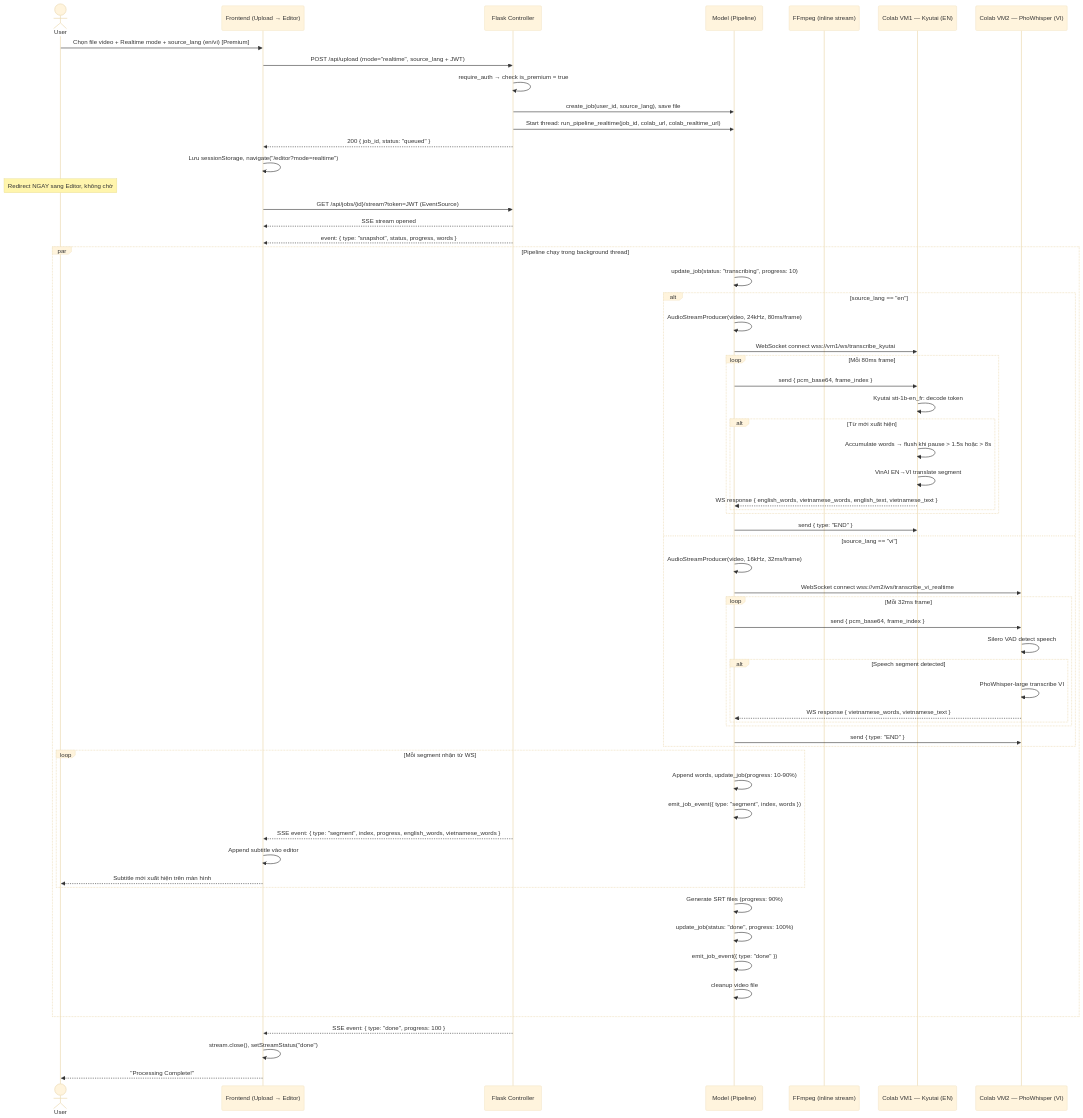
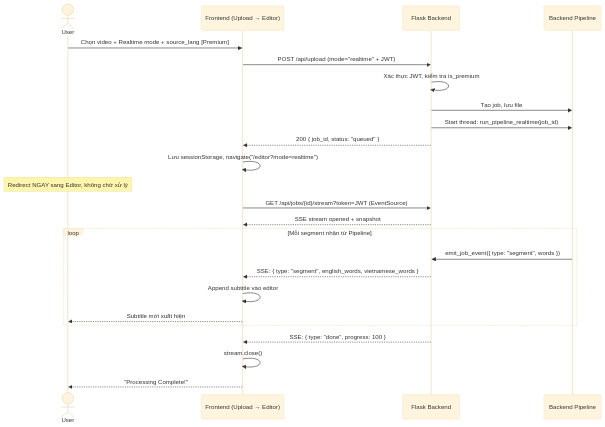
The eighth of 22 diagrams in docs/system-flows.md (SonDinh1129/subtitle-project), drawn with Mermaid (base theme) before and after one commit. The commit also changed other lines of this file and 1 other file, not shown here.

````diff
--- a/docs/system-flows.md
+++ b/docs/system-flows.md
@@ -276,72 +251,31 @@
 ```mermaid
 sequenceDiagram
     actor User
     participant FE as Frontend (Upload → Editor)
-    participant Flask as Flask Controller
-    participant Model as Model (Pipeline)
-    participant FFmpeg as FFmpeg (inline stream)
-    participant VM1 as Colab VM1 — Kyutai (EN)
-    participant VM2 as Colab VM2 — PhoWhisper (VI)
+    participant Flask as Flask Backend
+    participant Pipeline as Backend Pipeline
 
-    User->>FE: Chọn file video + Realtime mode + source_lang (en/vi) [Premium]
-    FE->>Flask: POST /api/upload (mode="realtime", source_lang + JWT)
-    Flask->>Flask: require_auth → check is_premium = true
-    Flask->>Model: create_job(user_id, source_lang), save file
-    Flask->>Model: Start thread: run_pipeline_realtime(job_id, colab_url, colab_realtime_url)
+    User->>FE: Chọn video + Realtime mode + source_lang [Premium]
+    FE->>Flask: POST /api/upload (mode="realtime" + JWT)
+    Flask->>Flask: Xác thực JWT, kiểm tra is_premium
+    Flask->>Pipeline: Tạo job, lưu file
+    Flask->>Pipeline: Start thread: run_pipeline_realtime(job_id)
     Flask-->>FE: 200 { job_id, status: "queued" }
 
     FE->>FE: Lưu sessionStorage, navigate("/editor?mode=realtime")
-    Note over User: Redirect NGAY sang Editor, không chờ
+    Note over User: Redirect NGAY sang Editor, không chờ xử lý
 
     FE->>Flask: GET /api/jobs/{id}/stream?token=JWT (EventSource)
-    Flask-->>FE: SSE stream opened
-    Flask-->>FE: event: { type: "snapshot", status, progress, words }
+    Flask-->>FE: SSE stream opened + snapshot
 
-    par Pipeline chạy trong background thread
-        Model->>Model: update_job(status: "transcribing", progress: 10)
-
-        alt source_lang == "en"
-            Model->>Model: AudioStreamProducer(video, 24kHz, 80ms/frame)
-            Model->>VM1: WebSocket connect wss://vm1/ws/transcribe_kyutai
-            loop Mỗi 80ms frame
-                Model->>VM1: send { pcm_base64, frame_index }
-                VM1->>VM1: Kyutai stt-1b-en_fr: decode token
-                alt Từ mới xuất hiện
-                    VM1->>VM1: Accumulate words → flush khi pause > 1.5s hoặc > 8s
-                    VM1->>VM1: VinAI EN→VI translate segment
-                    VM1-->>Model: WS response { english_words, vietnamese_words, english_text, vietnamese_text }
-                end
-            end
-            Model->>VM1: send { type: "END" }
-        else source_lang == "vi"
-            Model->>Model: AudioStreamProducer(video, 16kHz, 32ms/frame)
-            Model->>VM2: WebSocket connect wss://vm2/ws/transcribe_vi_realtime
-            loop Mỗi 32ms frame
-                Model->>VM2: send { pcm_base64, frame_index }
-                VM2->>VM2: Silero VAD detect speech
-                alt Speech segment detected
-                    VM2->>VM2: PhoWhisper-large transcribe VI
-                    VM2-->>Model: WS response { vietnamese_words, vietnamese_text }
-                end
-            end
-            Model->>VM2: send { type: "END" }
-        end
-
-        loop Mỗi segment nhận từ WS
-            Model->>Model: Append words, update_job(progress: 10-90%)
-            Model->>Model: emit_job_event({ type: "segment", index, words })
-            Flask-->>FE: SSE event: { type: "segment", index, progress, english_words, vietnamese_words }
-            FE->>FE: Append subtitle vào editor
-            FE-->>User: Subtitle mới xuất hiện trên màn hình
-        end
-
-        Model->>Model: Generate SRT files (progress: 90%)
-        Model->>Model: update_job(status: "done", progress: 100%)
-        Model->>Model: emit_job_event({ type: "done" })
-        Model->>Model: cleanup video file
+    loop Mỗi segment nhận từ Pipeline
+        Pipeline->>Flask: emit_job_event({ type: "segment", words })
+        Flask-->>FE: SSE: { type: "segment", english_words, vietnamese_words }
+        FE->>FE: Append subtitle vào editor
+        FE-->>User: Subtitle mới xuất hiện
     end
 
-    Flask-->>FE: SSE event: { type: "done", progress: 100 }
-    FE->>FE: stream.close(), setStreamStatus("done")
+    Flask-->>FE: SSE: { type: "done", progress: 100 }
+    FE->>FE: stream.close()
     FE-->>User: "Processing Complete!"
 ```
````
